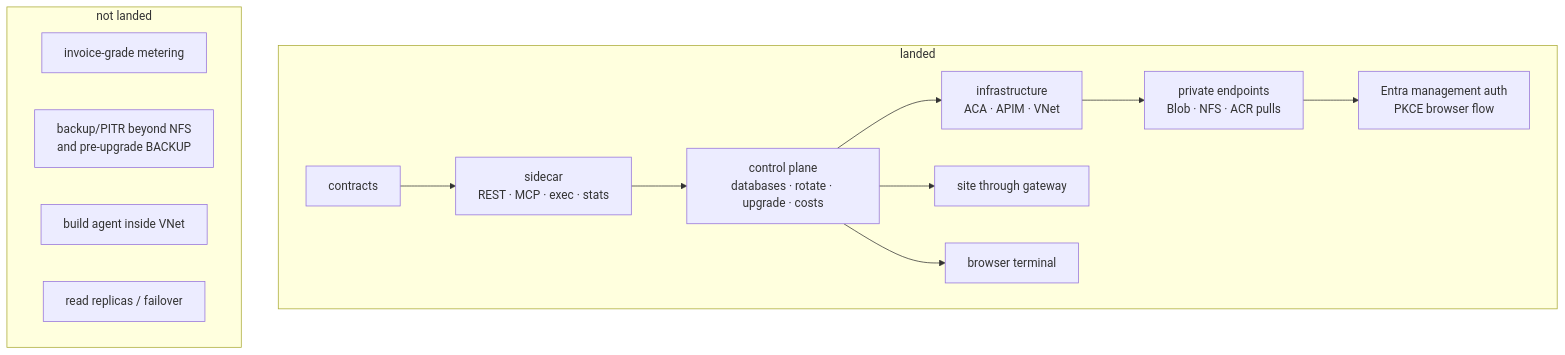
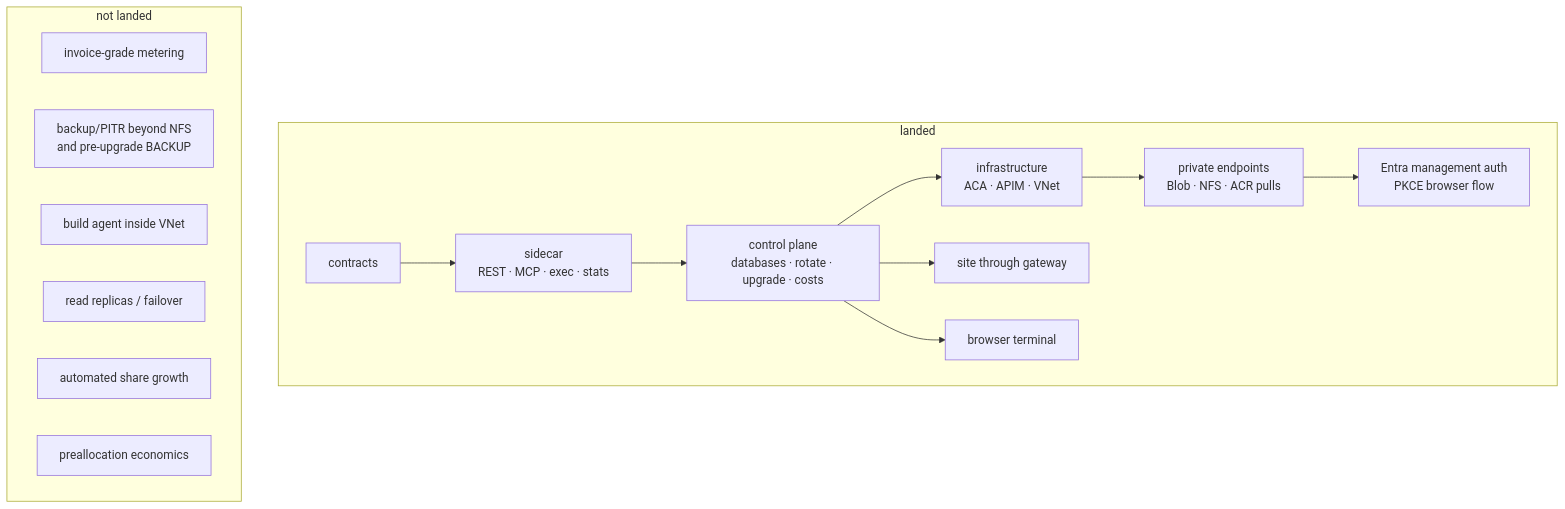
Before and after one commit to fredgis/asmDB: the second of 2 diagrams in docs/SAAS.md, drawn with Mermaid. The commit also changed other lines of this file and 21 other files, not shown here.

````diff
--- a/docs/SAAS.md
+++ b/docs/SAAS.md
@@ -570,24 +590,26 @@
 ```mermaid
 flowchart TB
     subgraph LANDED["landed"]
         Contracts["contracts"]
         Sidecar["sidecar<br/>REST · MCP · exec · stats"]
         Control["control plane<br/>databases · rotate · upgrade · costs"]
         Infra["infrastructure<br/>ACA · APIM · VNet"]
         Network["private endpoints<br/>Blob · NFS · ACR pulls"]
         Site["site through gateway"]
         Auth["Entra management auth<br/>PKCE browser flow"]
         Terminal["browser terminal"]
     end
 
     subgraph NOTYET["not landed"]
         Metering["invoice-grade metering"]
         Backups["backup/PITR beyond NFS<br/>and pre-upgrade BACKUP"]
         BuildPool["build agent inside VNet"]
         Replicas["read replicas / failover"]
+        ShareGrowth["automated share growth"]
+        Prealloc["preallocation economics"]
     end
 
     Contracts --> Sidecar --> Control --> Infra --> Network --> Auth
     Control --> Site
     Control --> Terminal
 ```
````
